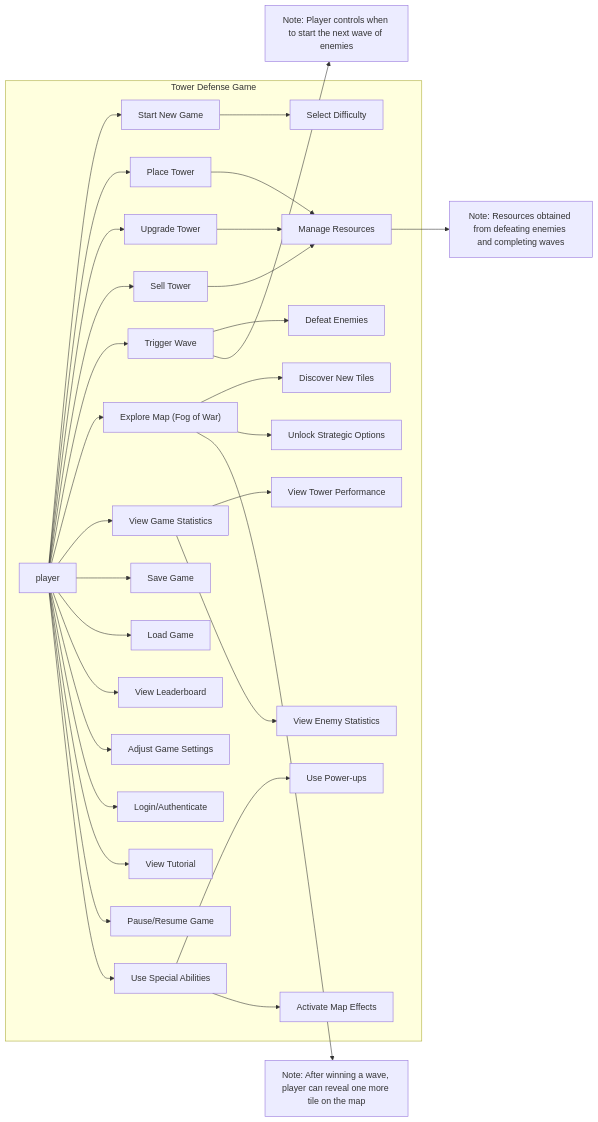
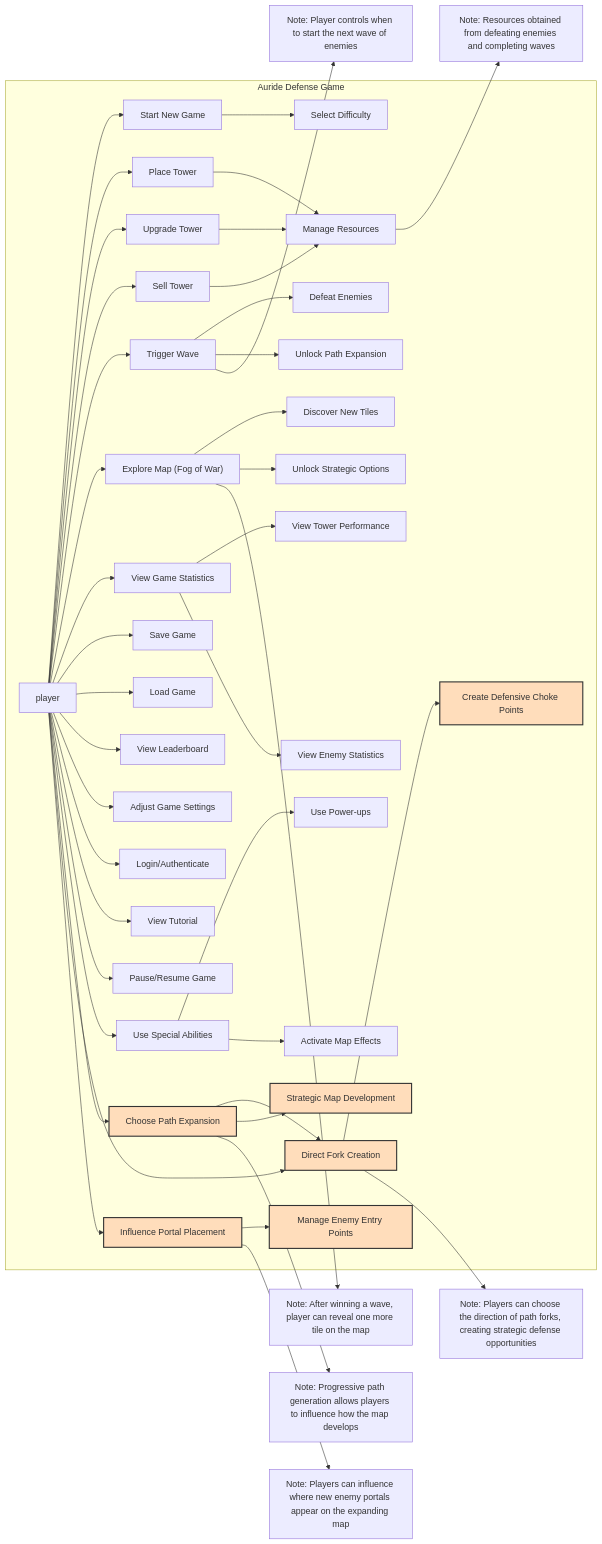
The diagram in Arch Documentation/TowerDefenseUseCases/index.mermaid (bruno-candia/pantanopolis), drawn with Mermaid before and after one commit. The commit also changed 14 other files, not shown here.

Commit message:
feat: rename game to Auride Defense and add pathfinding system architecture

```diff
--- a/Arch Documentation/TowerDefenseUseCases/index.mermaid
+++ b/Arch Documentation/TowerDefenseUseCases/index.mermaid
@@ -1,57 +1,74 @@
 flowchart LR
-    subgraph "Tower Defense Game"
+    subgraph "Auride Defense Game"
         UC1["Start New Game"]
         UC2["Select Difficulty"]
         UC3["Place Tower"]
         UC4["Upgrade Tower"]
         UC5["Sell Tower"]
         UC6["Trigger Wave"]
         UC7["Manage Resources"]
         UC8["Explore Map (Fog of War)"]
         UC9["View Game Statistics"]
         UC10["Save Game"]
         UC11["Load Game"]
         UC12["View Leaderboard"]
         UC13["Adjust Game Settings"]
         UC14["Login/Authenticate"]
         UC15["View Tutorial"]
         UC16["Pause/Resume Game"]
         UC17["Use Special Abilities"]
+        UC18["Choose Path Expansion"]
+        UC19["Direct Fork Creation"]
+        UC20["Influence Portal Placement"]
 
 
     player --> UC1
     player --> UC3
     player --> UC4
     player --> UC5
     player --> UC6
     player --> UC8
     player --> UC9
     player --> UC10
     player --> UC11
     player --> UC12
     player --> UC13
     player --> UC14
     player --> UC15
     player --> UC16
     player --> UC17
+    player --> UC18
+    player --> UC19
+    player --> UC20
 
     UC1 --> UC2
     UC3 --> UC7
     UC4 --> UC7
     UC5 --> UC7
     UC6 --> UE1["Defeat Enemies"]
+    UC6 --> UE2["Unlock Path Expansion"]
     UC8 --> UT1["Discover New Tiles"]
     UC8 --> US1["Unlock Strategic Options"]
     UC9 --> UV1["View Tower Performance"]
     UC9 --> UW1["View Enemy Statistics"]
     UC17 --> UP1["Use Power-ups"]
     UC17 --> UM1["Activate Map Effects"]
+    UC18 --> UC19
+    UC18 --> UP2["Strategic Map Development"]
+    UC19 --> UP3["Create Defensive Choke Points"]
+    UC20 --> UP4["Manage Enemy Entry Points"]
    end
     %% Notes for explanation
     classDef actor fill:#f9f,stroke:#333,stroke-width:2px;
     classDef normal fill:#bbf,stroke:#333,stroke-width:1px;
     classDef important fill:#bbf,stroke:#f66,stroke-width:2px,color:#fff,stroke-dasharray: 5 5;
+    classDef pathGen fill:#fdb,stroke:#333,stroke-width:2px,color:#333;
 
     UC6 --> UENote["Note: Player controls when to start the next wave of enemies"]
     UC7 --> URNote["Note: Resources obtained from defeating enemies and completing waves"]
     UC8 --> UMapNote["Note: After winning a wave, player can reveal one more tile on the map"]
+    UC18 --> UPathNote["Note: Progressive path generation allows players to influence how the map develops"]
+    UC19 --> UForkNote["Note: Players can choose the direction of path forks, creating strategic defense opportunities"]
+    UC20 --> UPortalNote["Note: Players can influence where new enemy portals appear on the expanding map"]
+    
+    class UC18,UC19,UC20,UP2,UP3,UP4 pathGen
```
